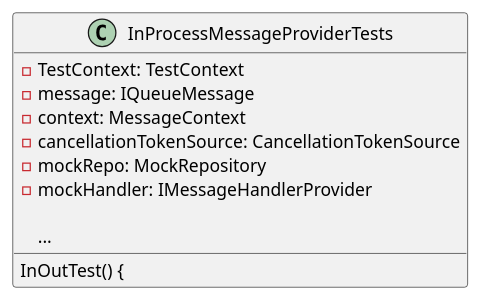
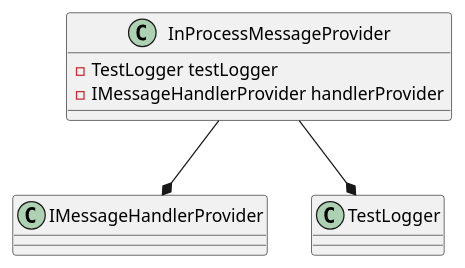
Before and after one commit to mwwhited-forks/dotnet-libs: the first of 8 diagrams in docs/generated/Framework/Eliassen.MessageQueueing.Tests/Services/Documentation.md, drawn with PlantUML. The commit also changed other lines of this file and 444 other files, not shown here.

````diff
--- a/docs/generated/Framework/Eliassen.MessageQueueing.Tests/Services/Documentation.md
+++ b/docs/generated/Framework/Eliassen.MessageQueueing.Tests/Services/Documentation.md
@@ -6,16 +22,10 @@
 ```plantuml
 @startuml
-class InProcessMessageProviderTests {
-  - TestContext: TestContext
-  - message: IQueueMessage
-  - context: MessageContext
-  - cancellationTokenSource: CancellationTokenSource
-  - mockRepo: MockRepository
-  - mockHandler: IMessageHandlerProvider
-
-  InOutTest() {
-    ...
-  }
+class InProcessMessageProvider {
+    - TestLogger testLogger
+    - IMessageHandlerProvider handlerProvider
 }
+InProcessMessageProvider --* IMessageHandlerProvider
+InProcessMessageProvider --* TestLogger
 @enduml
 ```
````
